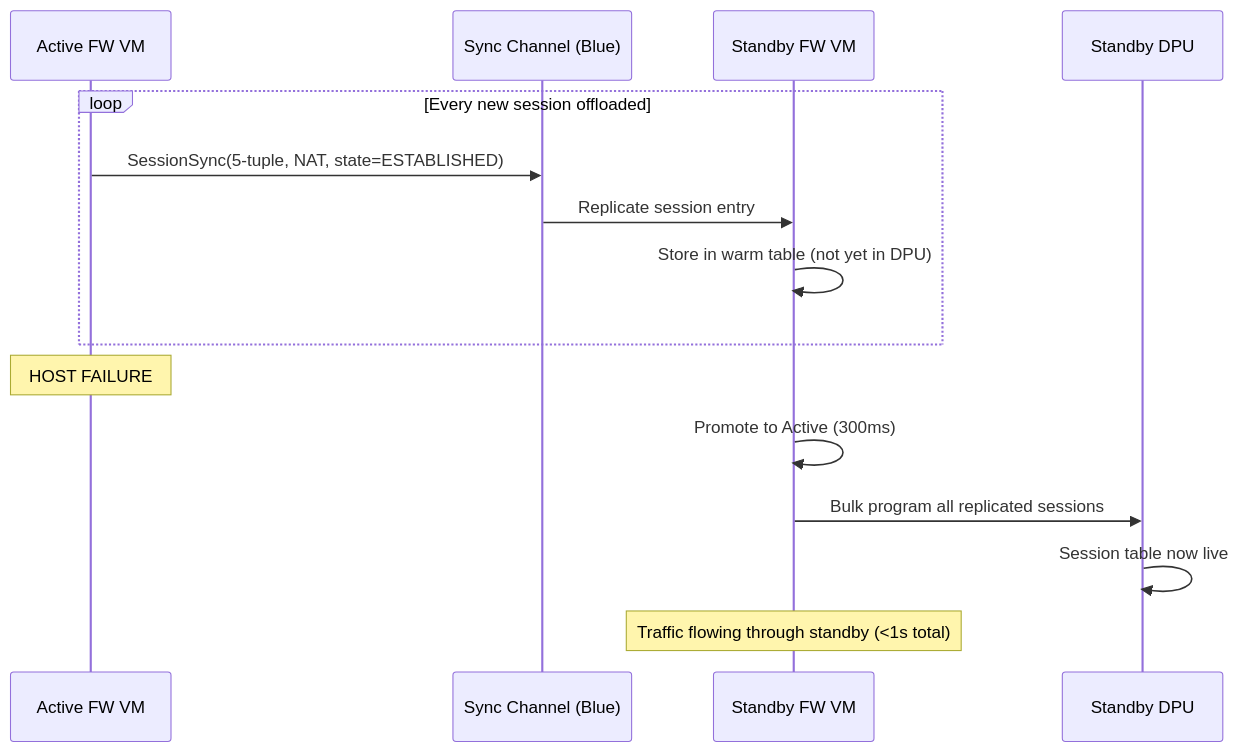
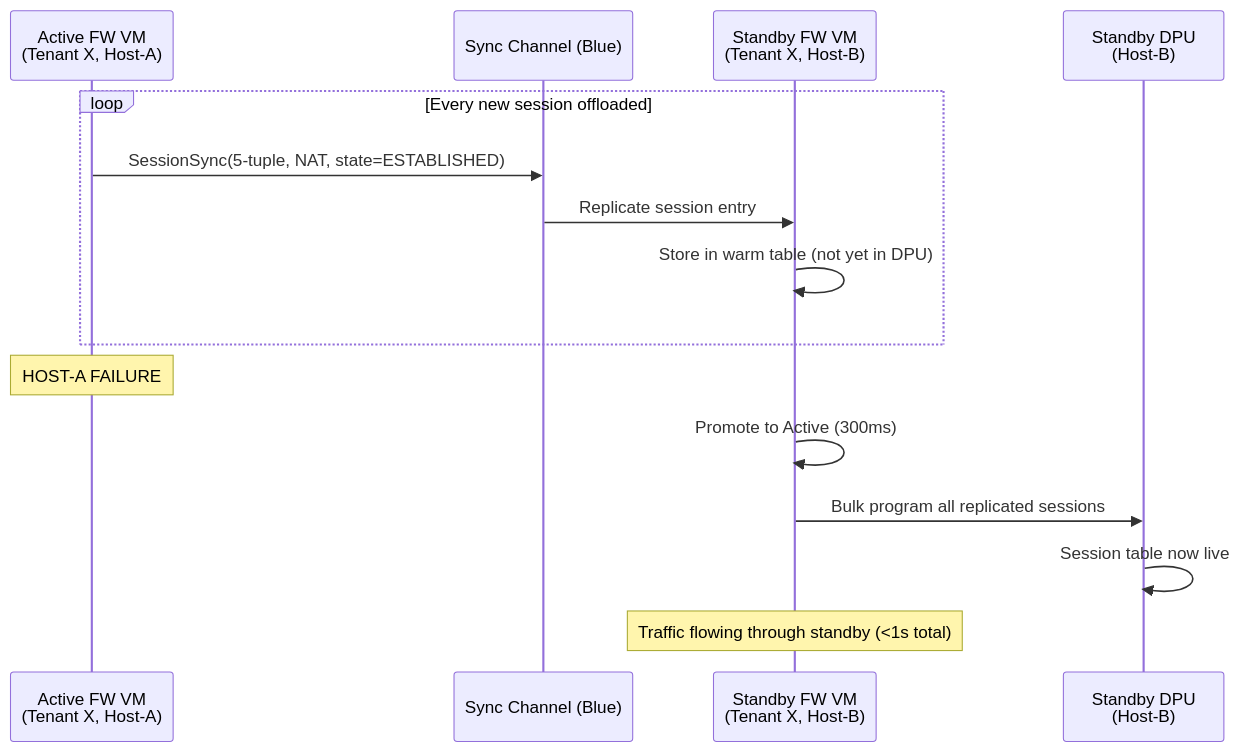
Diagram 11 of 11 in docs/ARCHITECTURE.md (mara-baysn/technicolor-haze-prism), drawn with Mermaid before and after one commit. The commit also changed other lines of this file, not shown here.

First line of the commit message:
docs: rewrite ARCHITECTURE.md — all sections now per-tenant VM model

````diff
--- a/docs/ARCHITECTURE.md
+++ b/docs/ARCHITECTURE.md
@@ -769,20 +734,20 @@
 ```mermaid
 sequenceDiagram
-    participant ActiveVM as Active FW VM
+    participant ActiveVM as Active FW VM<br/>(Tenant X, Host-A)
     participant SyncCh as Sync Channel (Blue)
-    participant StandbyVM as Standby FW VM
-    participant StandbyDPU as Standby DPU
+    participant StandbyVM as Standby FW VM<br/>(Tenant X, Host-B)
+    participant StandbyDPU as Standby DPU<br/>(Host-B)
 
     loop Every new session offloaded
         ActiveVM->>SyncCh: SessionSync(5-tuple, NAT, state=ESTABLISHED)
         SyncCh->>StandbyVM: Replicate session entry
         StandbyVM->>StandbyVM: Store in warm table (not yet in DPU)
     end
 
-    Note over ActiveVM: HOST FAILURE
+    Note over ActiveVM: HOST-A FAILURE
 
     StandbyVM->>StandbyVM: Promote to Active (300ms)
     StandbyVM->>StandbyDPU: Bulk program all replicated sessions
     StandbyDPU->>StandbyDPU: Session table now live
     Note over StandbyVM: Traffic flowing through standby (<1s total)
 ```
````
